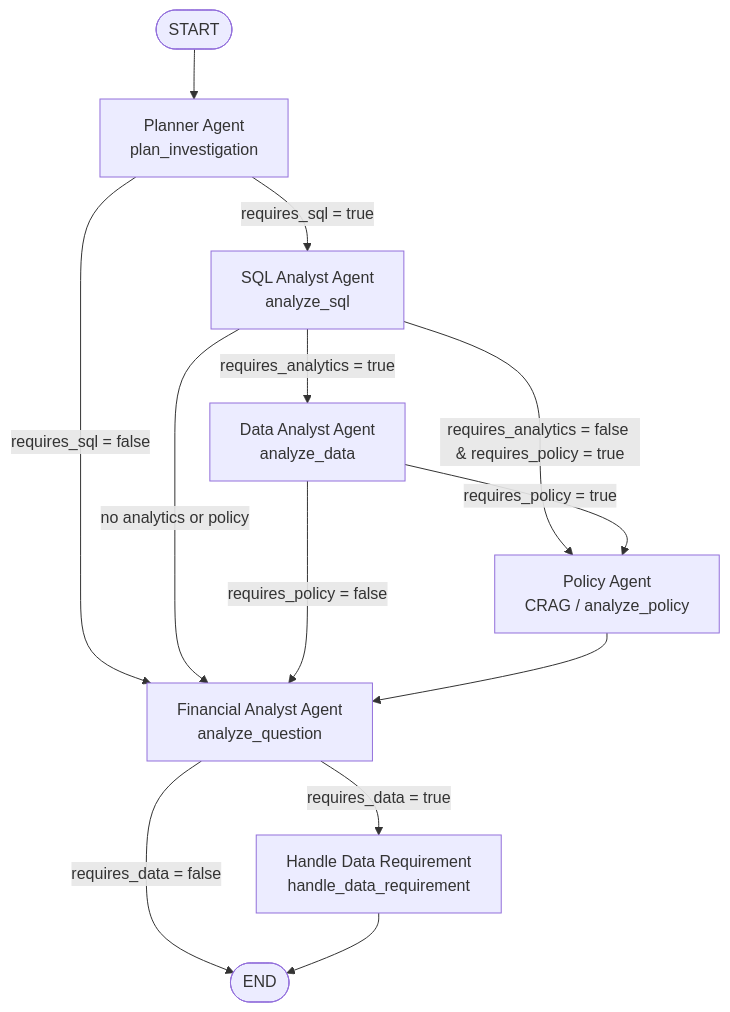
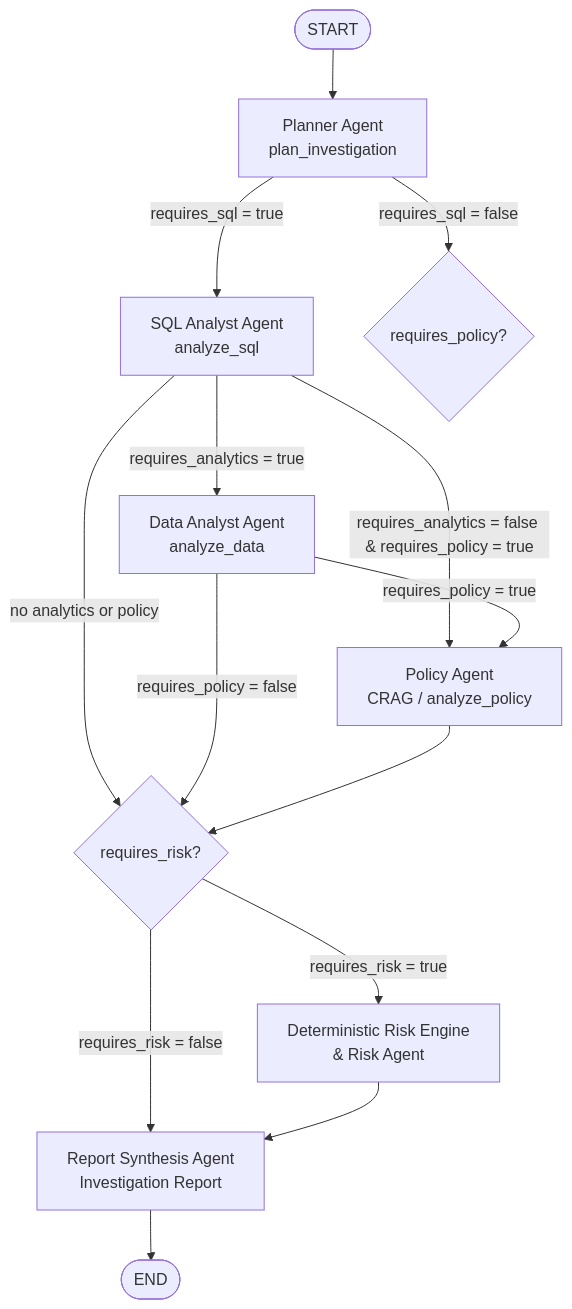
One commit to zainexperience2005/financial-intelligence-risk-platform changed the diagram in README.md. Above: the diagram before and after it, drawn with Mermaid. The commit also changed other lines of this file and 46 other files, not shown here.

````diff
--- a/README.md
+++ b/README.md
@@ -41,21 +41,23 @@
 ```mermaid
 flowchart TD
     START([START]) --> Planner[Planner Agent<br/>plan_investigation]
     
     Planner -->|requires_sql = true| SQL[SQL Analyst Agent<br/>analyze_sql]
-    Planner -->|requires_sql = false| Analyze[Financial Analyst Agent<br/>analyze_question]
+    Planner -->|requires_sql = false| AnalyzePolicy{requires_policy?}
     
     SQL -->|requires_analytics = true| DataAnalyst[Data Analyst Agent<br/>analyze_data]
     SQL -->|requires_analytics = false & requires_policy = true| PolicyAgent[Policy Agent<br/>CRAG / analyze_policy]
-    SQL -->|no analytics or policy| Analyze
+    SQL -->|no analytics or policy| RiskCheck{requires_risk?}
     
     DataAnalyst -->|requires_policy = true| PolicyAgent
-    DataAnalyst -->|requires_policy = false| Analyze
+    DataAnalyst -->|requires_policy = false| RiskCheck
     
-    PolicyAgent --> Analyze
+    PolicyAgent --> RiskCheck
     
-    Analyze -->|requires_data = true| DataReq[Handle Data Requirement<br/>handle_data_requirement]
-    Analyze -->|requires_data = false| END_NODE([END])
+    RiskCheck -->|requires_risk = true| RiskAgent[Deterministic Risk Engine<br/>& Risk Agent]
+    RiskCheck -->|requires_risk = false| ReportAgent[Report Synthesis Agent<br/>Investigation Report]
     
-    DataReq --> END_NODE
+    RiskAgent --> ReportAgent
+    
+    ReportAgent --> END_NODE([END])
 ```
````
